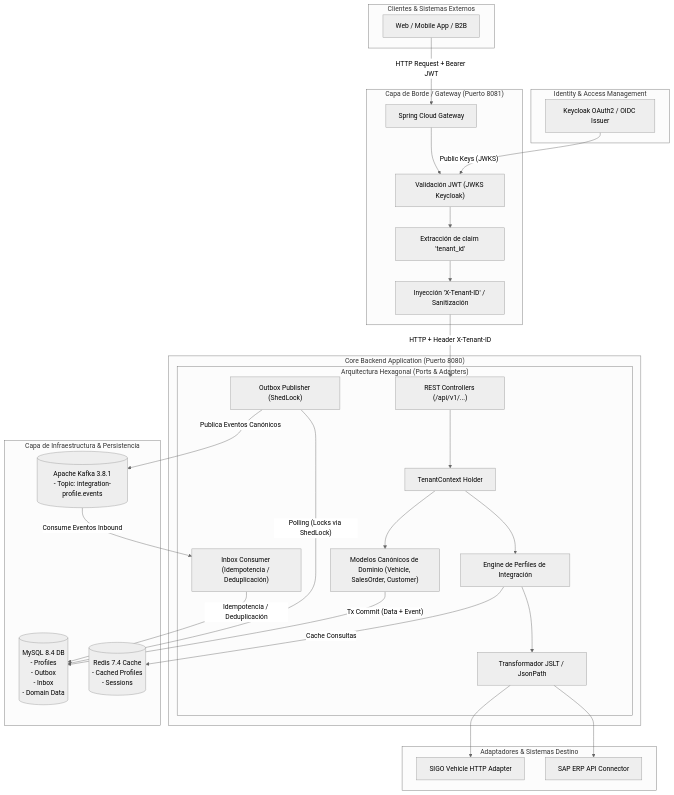
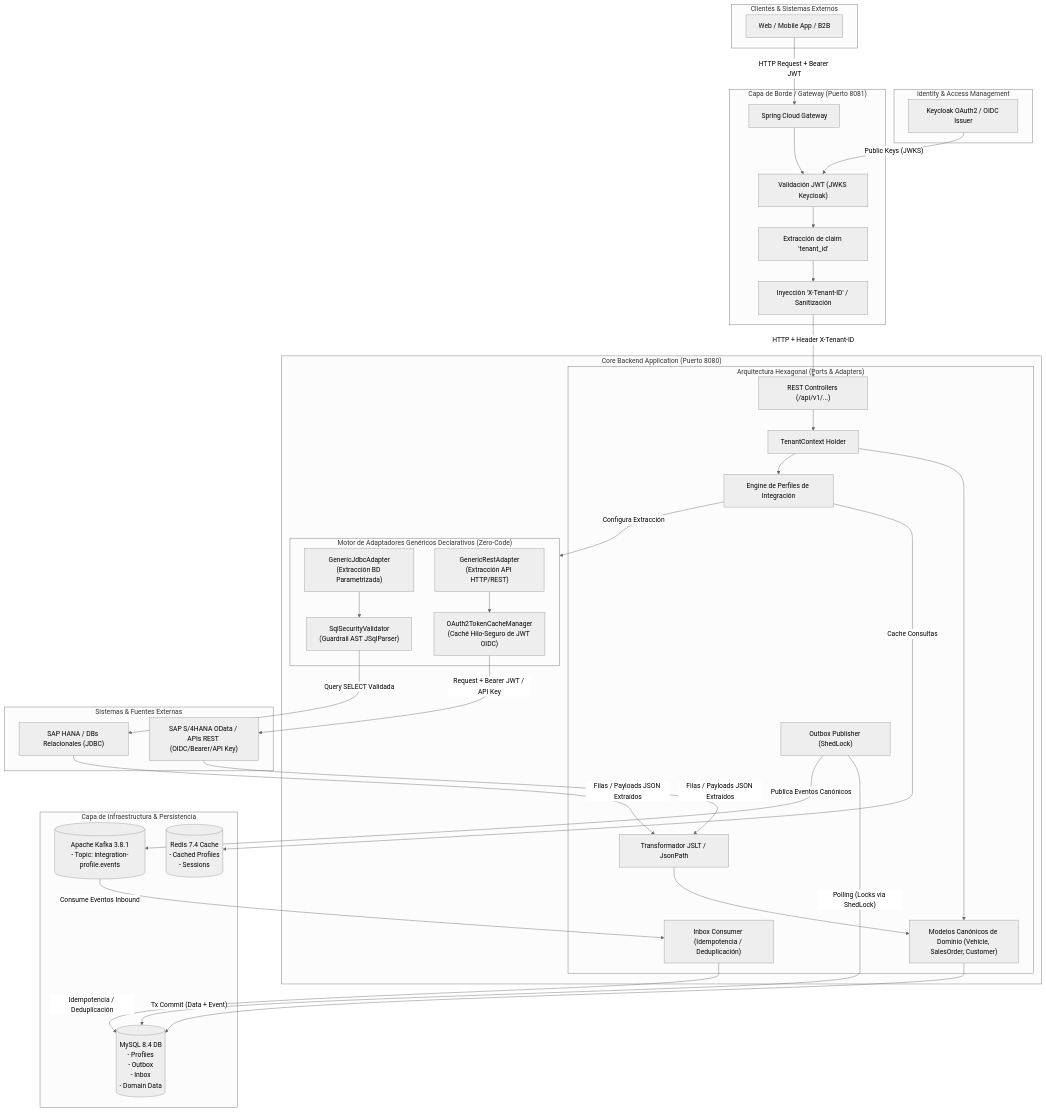
One commit to ianache/systemintegrator changed the diagram in docs/solution_architecture.md. Above: the diagram before and after it, drawn with Mermaid (neutral theme). The commit also changed other lines of this file and 1 other file, not shown here.

Commit message:
docs: update architecture diagram and solution documentation with generic declarative adapter engine

````diff
--- a/docs/solution_architecture.md
+++ b/docs/solution_architecture.md
@@ -17,56 +17,68 @@
 ```mermaid
 flowchart TD
     subgraph Clients["Clientes & Sistemas Externos"]
         WebApp["Web / Mobile App / B2B"]
     end
 
     subgraph IAM["Identity & Access Management"]
         Keycloak["Keycloak OAuth2 / OIDC Issuer"]
     end
 
     subgraph EdgeLayer["Capa de Borde / Gateway (Puerto 8081)"]
         GW["Spring Cloud Gateway"]
         JWTSec["Validación JWT (JWKS Keycloak)"]
         TenantExt["Extracción de claim 'tenant_id'"]
         HeaderInj["Inyección 'X-Tenant-ID' / Sanitización"]
     end
 
     subgraph CoreBackend["Core Backend Application (Puerto 8080)"]
         subgraph HexagonalArch["Arquitectura Hexagonal (Ports & Adapters)"]
             RESTApi["REST Controllers (/api/v1/...)"]
             TenantCtx["TenantContext Holder"]
             ProfileEngine["Engine de Perfiles de Integración"]
             DomainModel["Modelos Canónicos de Dominio (Vehicle, SalesOrder, Customer)"]
             JSLTEngine["Transformador JSLT / JsonPath"]
             OutboxHandler["Outbox Publisher (ShedLock)"]
             InboxHandler["Inbox Consumer (Idempotencia / Deduplicación)"]
         end
+
+        subgraph GenericAdapters["Motor de Adaptadores Genéricos Declarativos (Zero-Code)"]
+            GenericJdbc["GenericJdbcAdapter\n(Extracción BD Parametrizada)"]
+            GenericRest["GenericRestAdapter\n(Extracción API HTTP/REST)"]
+            SqlValidator["SqlSecurityValidator\n(Guardrail AST JSqlParser)"]
+            AuthCache["OAuth2TokenCacheManager\n(Caché Hilo-Seguro de JWT OIDC)"]
+        end
     end
 
     subgraph InfraLayer["Capa de Infraestructura & Persistencia"]
         MySQL[("MySQL 8.4 DB\n- Profiles\n- Outbox\n- Inbox\n- Domain Data")]
         Redis[("Redis 7.4 Cache\n- Cached Profiles\n- Sessions")]
         Kafka[("Apache Kafka 3.8.1\n- Topic: integration-profile.events")]
     end
 
-    subgraph ExternalAdapters["Adaptadores & Sistemas Destino"]
-        SigoAdapter["SIGO Vehicle HTTP Adapter"]
-        SAPAdapter["SAP ERP API Connector"]
+    subgraph ExternalSystems["Sistemas & Fuentes Externas"]
+        SAPDB["SAP HANA / DBs Relacionales (JDBC)"]
+        SAPOData["SAP S/4HANA OData / APIs REST (OIDC/Bearer/API Key)"]
     end
 
     WebApp -->|"HTTP Request + Bearer JWT"| GW
     Keycloak -->|"Public Keys (JWKS)"| JWTSec
     GW --> JWTSec --> TenantExt --> HeaderInj
     HeaderInj -->|"HTTP + Header X-Tenant-ID"| RESTApi
     RESTApi --> TenantCtx
-    TenantCtx --> DomainModel
-    TenantCtx --> ProfileEngine
+    TenantCtx --> DomainModel & ProfileEngine
+
+    ProfileEngine -->|"Configura Extracción"| GenericAdapters
+    GenericJdbc --> SqlValidator -->|"Query SELECT Validada"| SAPDB
+    GenericRest --> AuthCache -->|"Request + Bearer JWT / API Key"| SAPOData
+
+    SAPDB & SAPOData -->|"Filas / Payloads JSON Extraídos"| JSLTEngine
+    JSLTEngine --> DomainModel
     DomainModel -->|"Tx Commit (Data + Event)"| MySQL
+
     OutboxHandler -->|"Polling (Locks via ShedLock)"| MySQL
     OutboxHandler -->|"Publica Eventos Canónicos"| Kafka
     Kafka -->|"Consume Eventos Inbound"| InboxHandler
     InboxHandler -->|"Idempotencia / Deduplicación"| MySQL
     ProfileEngine -->|"Cache Consultas"| Redis
-    ProfileEngine --> JSLTEngine
-    JSLTEngine --> SigoAdapter & SAPAdapter
 ```
````
